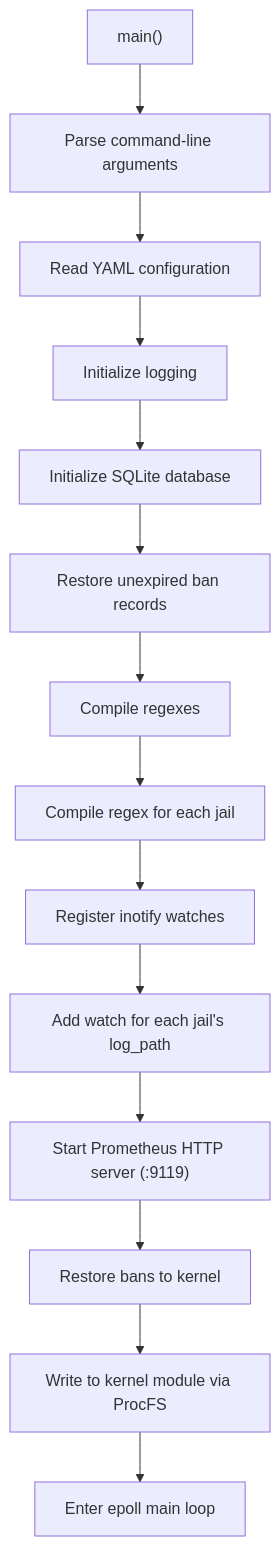
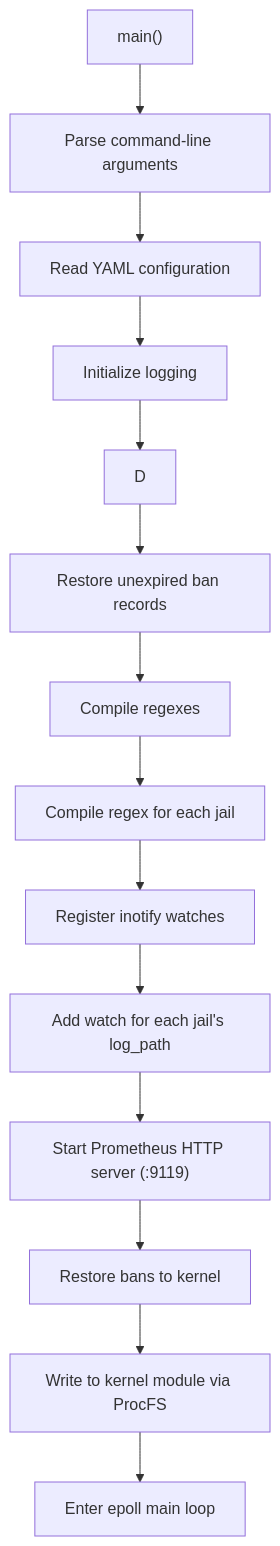
One commit to SnowCore8/linux-firewall-kmod changed the third of 7 diagrams in docs/en/architecture/daemon.md. Above: the diagram before and after it, drawn with Mermaid. The commit also changed other lines of this file and 39 other files, not shown here.

````diff
--- a/docs/en/architecture/daemon.md
+++ b/docs/en/architecture/daemon.md
@@ -131,19 +125,18 @@
 ```mermaid
 graph TB
     Start["main()"]
     A["Parse command-line arguments"]
     B["Read YAML configuration"]
     C["Initialize logging"]
-    D["Initialize SQLite database"]
     D1["Restore unexpired ban records"]
     E["Compile regexes"]
     E1["Compile regex for each jail"]
     F["Register inotify watches"]
     F1["Add watch for each jail's log_path"]
     G["Start Prometheus HTTP server (:9119)"]
     H["Restore bans to kernel"]
     H1["Write to kernel module via ProcFS"]
     I["Enter epoll main loop"]
 
     Start --> A --> B --> C --> D --> D1 --> E --> E1 --> F --> F1 --> G --> H --> H1 --> I
 ```
````
